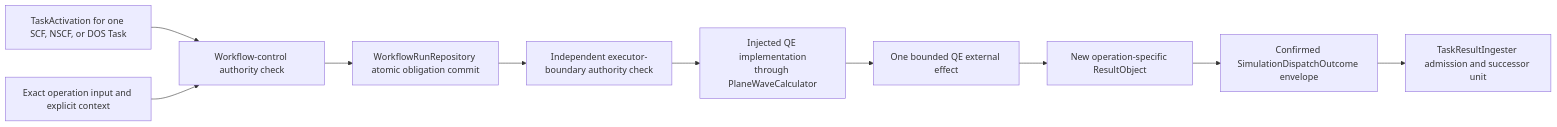
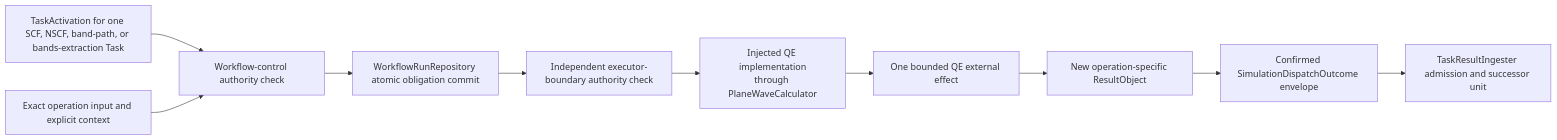
The second of 2 diagrams in docs/architecture/v2/ksdft2effmass/workflows/simulation-task-model.md (eragasa/ksdft2effmass), drawn with Mermaid before and after one commit. The commit also changed other lines of this file and 5 other files, not shown here.

````diff
--- a/docs/architecture/v2/ksdft2effmass/workflows/simulation-task-model.md
+++ b/docs/architecture/v2/ksdft2effmass/workflows/simulation-task-model.md
@@ -133,12 +133,12 @@
 ```mermaid
 flowchart LR
-    activation["TaskActivation for one SCF, NSCF, or DOS Task"] --> control["Workflow-control authority check"]
+    activation["TaskActivation for one SCF, NSCF, band-path, or bands-extraction Task"] --> control["Workflow-control authority check"]
     input["Exact operation input and explicit context"] --> control
     control --> commit["WorkflowRunRepository atomic obligation commit"]
     commit --> executor_check["Independent executor-boundary authority check"]
     executor_check --> executor["Injected QE implementation<br/>through PlaneWaveCalculator"]
     executor --> effect["One bounded QE external effect"]
     effect --> output["New operation-specific ResultObject"]
     output --> outcome["Confirmed SimulationDispatchOutcome envelope"]
     outcome --> ingress["TaskResultIngester admission and successor unit"]
 ```
````
